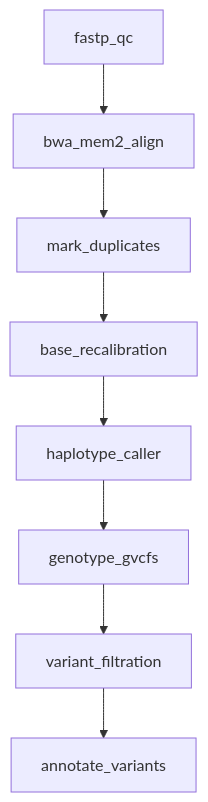
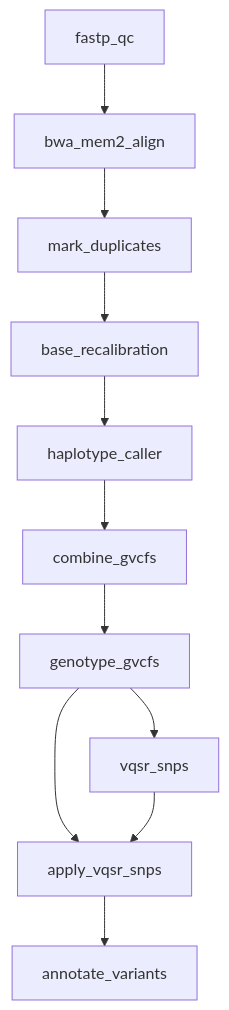
Before and after one commit to Traitome/oxo-flow: the diagram in docs/guide/src/gallery/wgs-germline.md, drawn with Mermaid. The commit also changed other lines of this file and 16 other files, not shown here.

````diff
--- a/docs/guide/src/gallery/wgs-germline.md
+++ b/docs/guide/src/gallery/wgs-germline.md
@@ -14,10 +15,13 @@
 ```mermaid
 graph TD
     A[fastp_qc] --> B[bwa_mem2_align]
     B --> C[mark_duplicates]
     C --> D[base_recalibration]
     D --> E[haplotype_caller]
-    E --> F[genotype_gvcfs]
-    F --> G[variant_filtration]
-    G --> H[annotate_variants]
+    E --> F[combine_gvcfs]
+    F --> G[genotype_gvcfs]
+    G --> H[vqsr_snps]
+    G --> I[apply_vqsr_snps]
+    H --> I
+    I --> J[annotate_variants]
 ```
````
